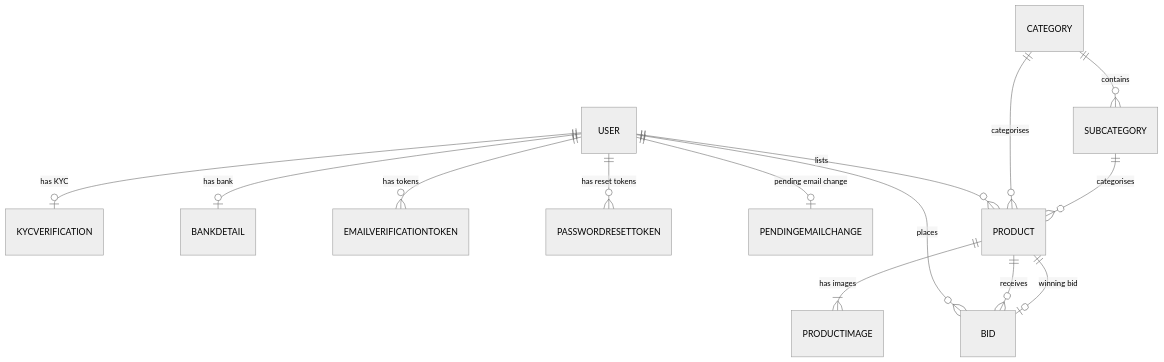
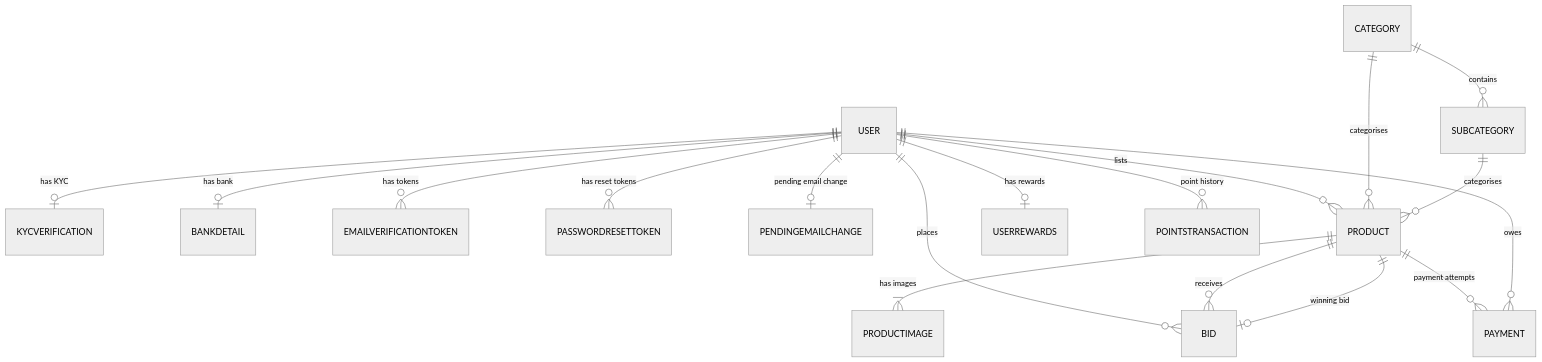
Before and after one commit to PRASESH1999/nestjs-bids-bazar-api: the first of 2 diagrams in docs/database-schema.md, drawn with Mermaid (neutral theme). The commit also changed other lines of this file and 512 other files, not shown here.

````diff
--- a/docs/database-schema.md
+++ b/docs/database-schema.md
@@ -12,16 +12,20 @@
 ```mermaid
 erDiagram
     USER ||--o| KYCVERIFICATION : "has KYC"
     USER ||--o| BANKDETAIL : "has bank"
     USER ||--o{ EMAILVERIFICATIONTOKEN : "has tokens"
     USER ||--o{ PASSWORDRESETTOKEN : "has reset tokens"
     USER ||--o| PENDINGEMAILCHANGE : "pending email change"
     USER ||--o{ PRODUCT : "lists"
     CATEGORY ||--o{ SUBCATEGORY : "contains"
     CATEGORY ||--o{ PRODUCT : "categorises"
     SUBCATEGORY ||--o{ PRODUCT : "categorises"
     PRODUCT ||--|{ PRODUCTIMAGE : "has images"
     USER ||--o{ BID : places
     PRODUCT ||--o{ BID : receives
     PRODUCT ||--o| BID : "winning bid"
+    PRODUCT ||--o{ PAYMENT : "payment attempts"
+    USER ||--o{ PAYMENT : "owes"
+    USER ||--o| USERREWARDS : "has rewards"
+    USER ||--o{ POINTSTRANSACTION : "point history"
 ```
````
